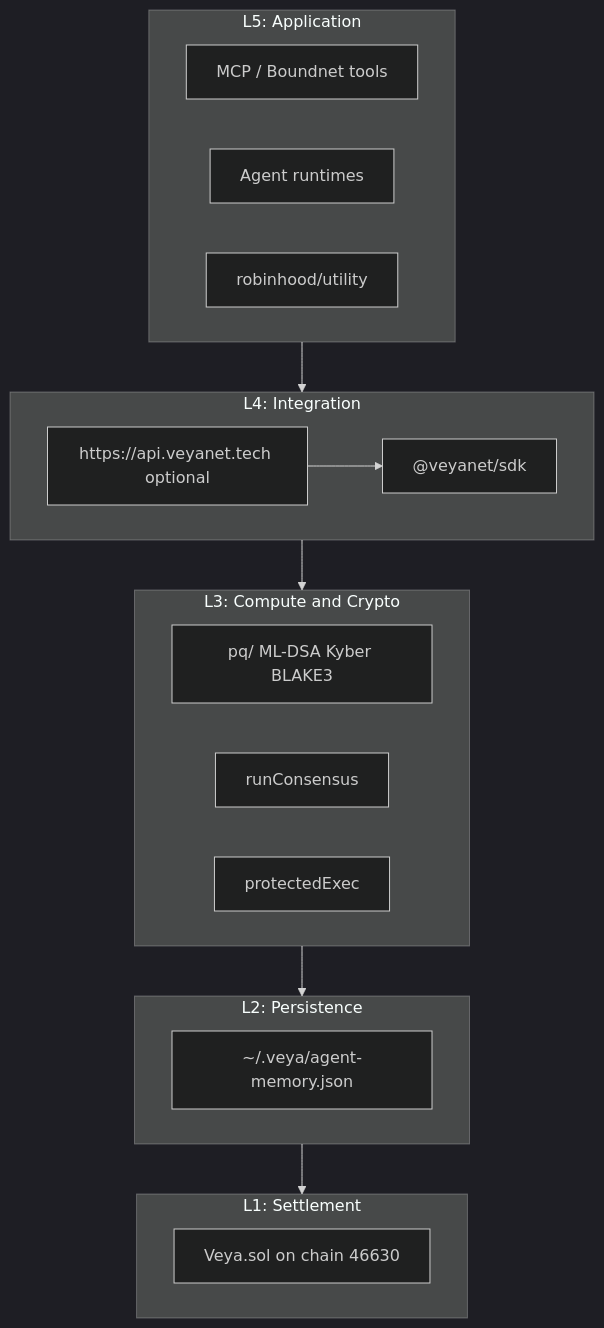
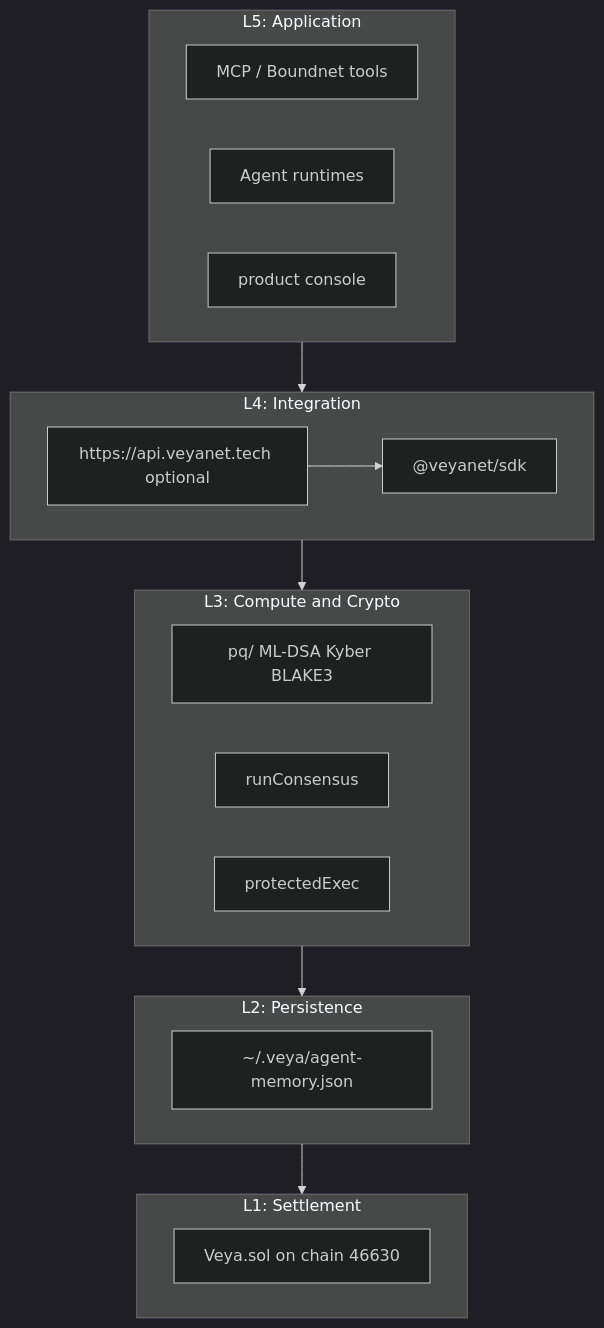
One commit to veyanet/veya-sdk changed the second of 13 diagrams in docs/ARCHITECTURE.md. Above: the diagram before and after it, drawn with Mermaid (dark theme). The commit also changed other lines of this file, not shown here.

Commit message:
docs(architecture): refresh robinhood trust boundaries

````diff
--- a/docs/ARCHITECTURE.md
+++ b/docs/ARCHITECTURE.md
@@ -224,25 +224,25 @@
 ```mermaid
 flowchart TB
     subgraph L5["L5: Application"]
         MCP["MCP / Boundnet tools"]
         Agents["Agent runtimes"]
-        Dash["robinhood/utility"]
+        Dash["product console"]
     end
     subgraph L4["L4: Integration"]
         SDK["@veyanet/sdk"]
         API["https://api.veyanet.tech optional"]
     end
     subgraph L3["L3: Compute and Crypto"]
         Crypto["pq/ ML-DSA Kyber BLAKE3"]
         Consensus["runConsensus"]
         Sealed["protectedExec"]
     end
     subgraph L2["L2: Persistence"]
         Store["~/.veya/agent-memory.json"]
     end
     subgraph L1["L1: Settlement"]
         Chain["Veya.sol on chain 46630"]
     end
     L5 --> L4 --> L3 --> L2 --> L1
     API --> SDK
 ```
````
